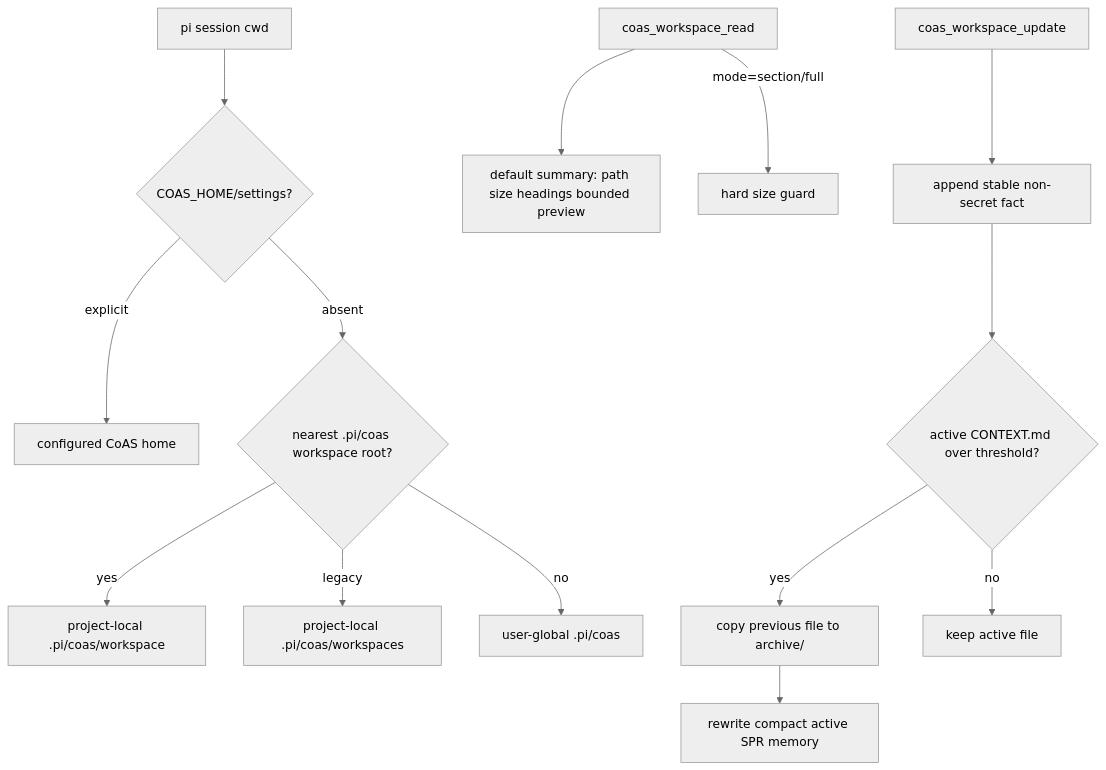
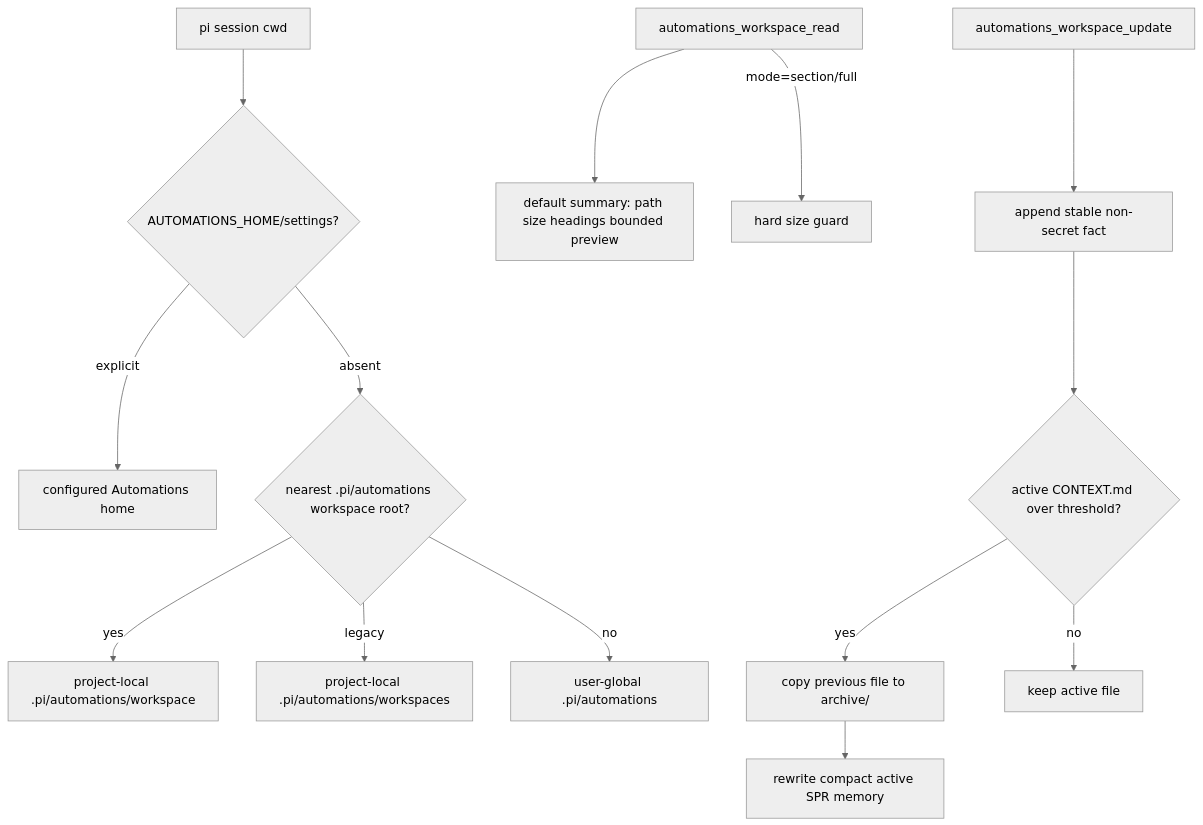
One commit to tS7hKamAYL84j91/pi-tools-and-skills changed diagram 30 of 32 in docs/architecture.md. Above: the diagram before and after it, drawn with Mermaid (neutral theme). The commit also changed other lines of this file and 196 other files, not shown here.

First line of the commit message:
refactor!: rename pi-coas extension to pi-automations (hard cutover)

````diff
--- a/docs/architecture.md
+++ b/docs/architecture.md
@@ -935,15 +935,15 @@
 ```mermaid
 flowchart TD
-  CWD[pi session cwd] --> HOME{COAS_HOME/settings?}
-  HOME -- explicit --> ROOT[configured CoAS home]
-  HOME -- absent --> LOCAL{nearest .pi/coas workspace root?}
-  LOCAL -- yes --> PROJ[project-local .pi/coas/workspace]
-  LOCAL -- legacy --> PROJLEG[project-local .pi/coas/workspaces]
-  LOCAL -- no --> GLOBAL[user-global .pi/coas]
-  READ[coas_workspace_read] --> SUMMARY[default summary: path size headings bounded preview]
+  CWD[pi session cwd] --> HOME{AUTOMATIONS_HOME/settings?}
+  HOME -- explicit --> ROOT[configured Automations home]
+  HOME -- absent --> LOCAL{nearest .pi/automations workspace root?}
+  LOCAL -- yes --> PROJ[project-local .pi/automations/workspace]
+  LOCAL -- legacy --> PROJLEG[project-local .pi/automations/workspaces]
+  LOCAL -- no --> GLOBAL[user-global .pi/automations]
+  READ[automations_workspace_read] --> SUMMARY[default summary: path size headings bounded preview]
   READ -->|mode=section/full| GUARD[hard size guard]
-  UPDATE[coas_workspace_update] --> APPEND[append stable non-secret fact]
+  UPDATE[automations_workspace_update] --> APPEND[append stable non-secret fact]
   APPEND --> THRESH{active CONTEXT.md over threshold?}
   THRESH -- yes --> ARCHIVE[copy previous file to archive/] --> SPR[rewrite compact active SPR memory]
   THRESH -- no --> KEEP[keep active file]
 ```
````
